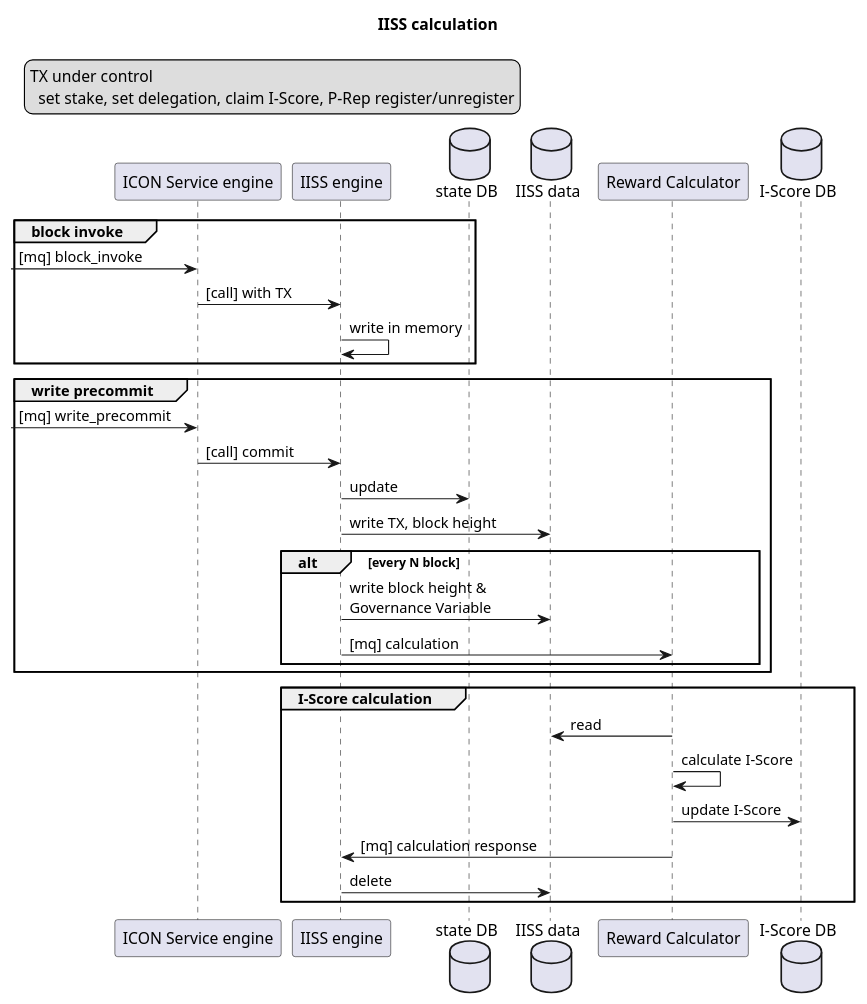
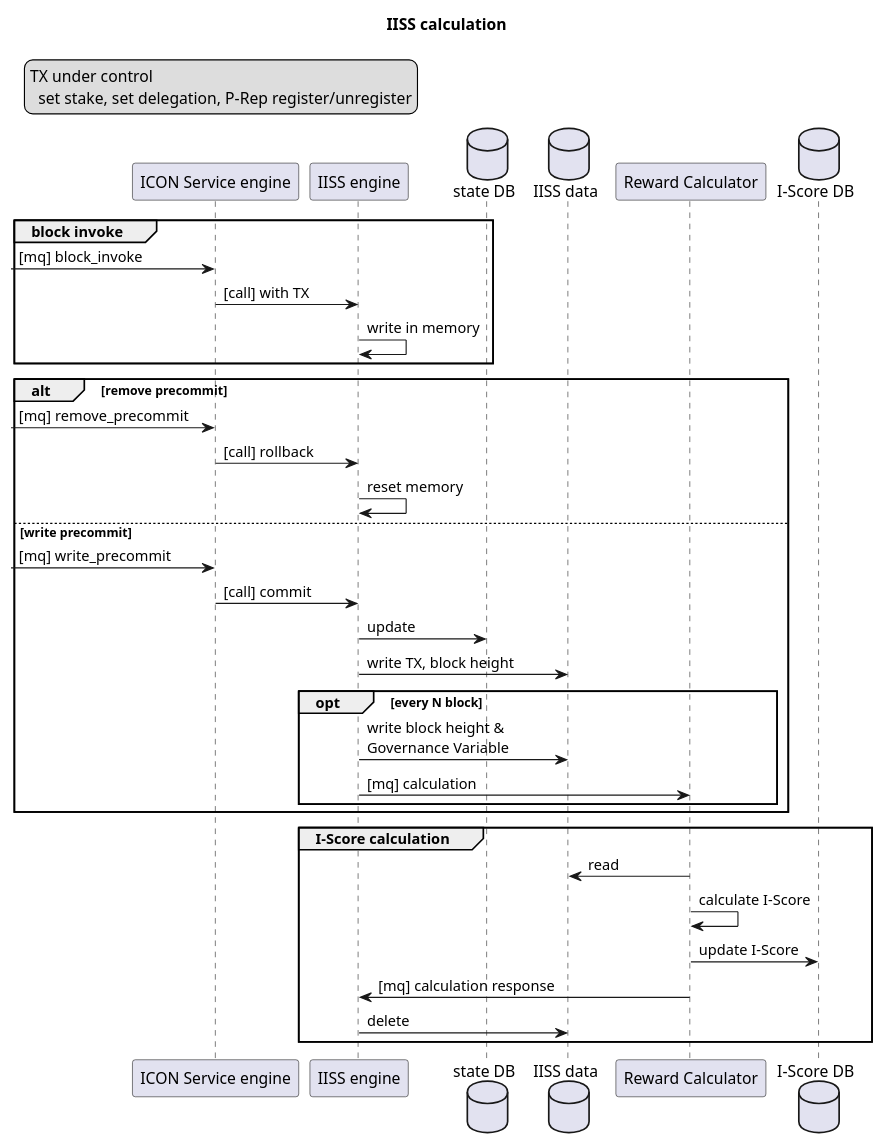
The diagram in docs/plantuml/iiss/iiss_calculation.wsd (stjordanis/icon-service), drawn with PlantUML before and after one commit. The commit also changed 2 other files, not shown here.

Commit message:
Modify IISS calculation and Query/Claim I-Score sequence diagram

```diff
--- a/docs/plantuml/iiss/iiss_calculation.wsd
+++ b/docs/plantuml/iiss/iiss_calculation.wsd
@@ -1,46 +1,52 @@
 @startuml
 title IISS calculation
 
 legend top left
 TX under control
-  set stake, set delegation, claim I-Score, P-Rep register/unregister
+  set stake, set delegation, P-Rep register/unregister
 end legend
 
 participant "ICON Service engine" as IS
 participant "IISS engine" as IISS
 database "state DB" as SDB
 database "IISS data" as ID
 participant "Reward Calculator" as RC
 database "I-Score DB" as ISDB
 
 group block invoke
 -> IS: [mq] block_invoke
 IS -> IISS: [call] with TX
 IISS -> IISS: write in memory
 end
 
-group write precommit
+alt remove precommit
+
+-> IS: [mq] remove_precommit
+IS -> IISS: [call] rollback
+IISS -> IISS: reset memory
+
+else write precommit
 
 -> IS: [mq] write_precommit
 IS -> IISS: [call] commit
 IISS -> SDB: update
 IISS -> ID: write TX, block height
 
-alt every N block
+opt every N block
 IISS -> ID: write block height &\nGovernance Variable
 IISS -> RC: [mq] calculation
 end alt every N block
 
 end group write precommit
 
 group I-Score calculation
 
 RC -> ID: read
 RC -> RC: calculate I-Score
 RC -> ISDB: update I-Score
 RC -> IISS: [mq] calculation response
 IISS -> ID: delete
 
 
 end group
 @enduml
```
